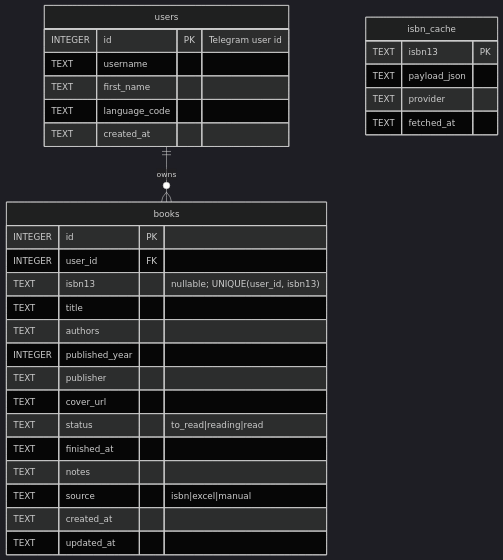
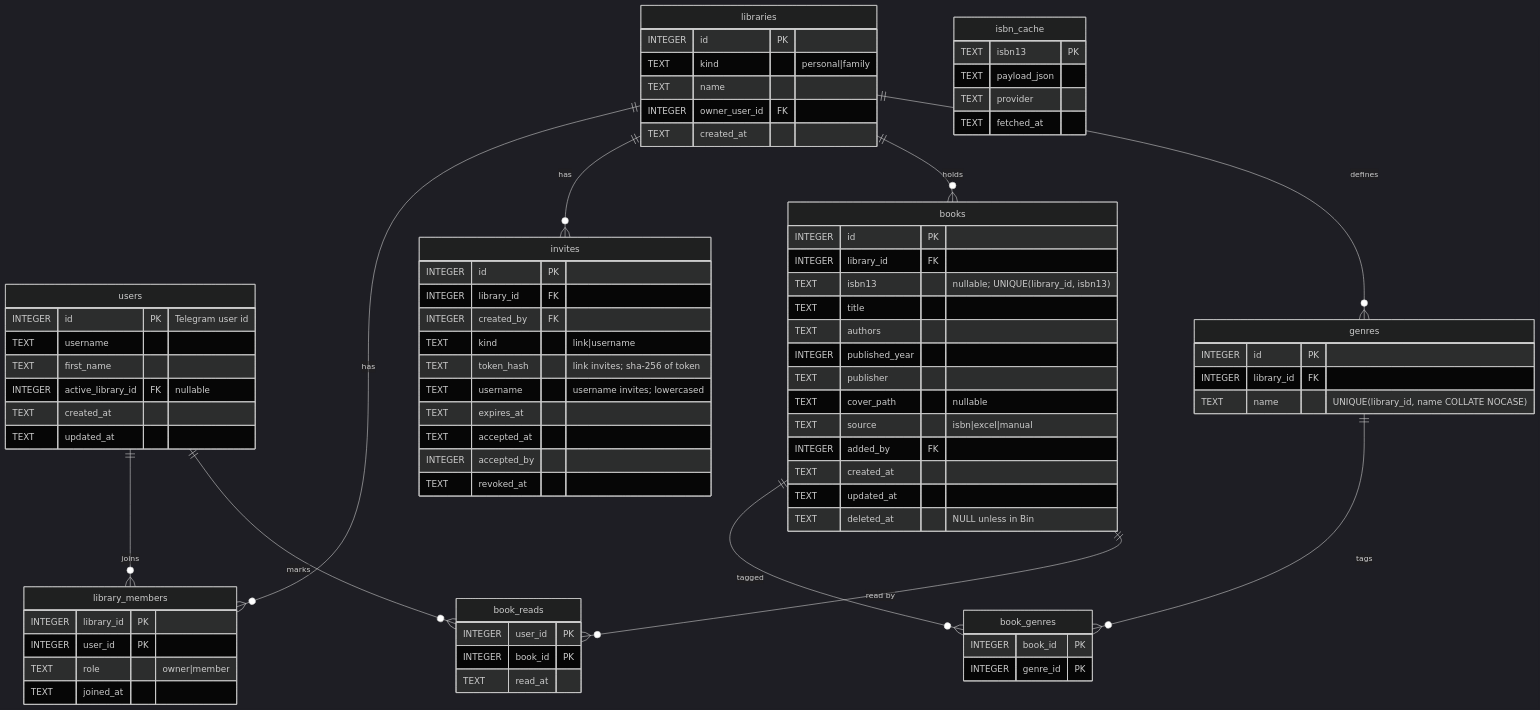
Before and after one commit to Nazarkon/telegram-booking-bot: the second of 4 diagrams in nimbalyst-local/plans/telegram-book-library-bot.md, drawn with Mermaid (dark theme). The commit also changed other lines of this file, not shown here.

First line of the commit message:
docs: align plan with library, invite and Bin model in AGENTS.md

````diff
--- a/nimbalyst-local/plans/telegram-book-library-bot.md
+++ b/nimbalyst-local/plans/telegram-book-library-bot.md
@@ -99,33 +133,80 @@
 ```mermaid
 erDiagram
-  users ||--o{ books : owns
+  users ||--o{ library_members : joins
+  libraries ||--o{ library_members : has
+  libraries ||--o{ invites : has
+  libraries ||--o{ books : holds
+  libraries ||--o{ genres : defines
+  books ||--o{ book_genres : tagged
+  genres ||--o{ book_genres : tags
+  users ||--o{ book_reads : marks
+  books ||--o{ book_reads : "read by"
   users {
     INTEGER id PK "Telegram user id"
     TEXT username
     TEXT first_name
-    TEXT language_code
+    INTEGER active_library_id FK "nullable"
     TEXT created_at
+    TEXT updated_at
+  }
+  libraries {
+    INTEGER id PK
+    TEXT kind "personal|family"
+    TEXT name
+    INTEGER owner_user_id FK
+    TEXT created_at
+  }
+  library_members {
+    INTEGER library_id PK
+    INTEGER user_id PK
+    TEXT role "owner|member"
+    TEXT joined_at
+  }
+  invites {
+    INTEGER id PK
+    INTEGER library_id FK
+    INTEGER created_by FK
+    TEXT kind "link|username"
+    TEXT token_hash "link invites; sha-256 of token"
+    TEXT username "username invites; lowercased"
+    TEXT expires_at
+    TEXT accepted_at
+    INTEGER accepted_by
+    TEXT revoked_at
+  }
+  genres {
+    INTEGER id PK
+    INTEGER library_id FK
+    TEXT name "UNIQUE(library_id, name COLLATE NOCASE)"
   }
   books {
     INTEGER id PK
-    INTEGER user_id FK
-    TEXT isbn13 "nullable; UNIQUE(user_id, isbn13)"
+    INTEGER library_id FK
+    TEXT isbn13 "nullable; UNIQUE(library_id, isbn13)"
     TEXT title
     TEXT authors
     INTEGER published_year
     TEXT publisher
-    TEXT cover_url
-    TEXT status "to_read|reading|read"
-    TEXT finished_at
-    TEXT notes
+    TEXT cover_path "nullable"
     TEXT source "isbn|excel|manual"
+    INTEGER added_by FK
     TEXT created_at
     TEXT updated_at
+    TEXT deleted_at "NULL unless in Bin"
+  }
+  book_genres {
+    INTEGER book_id PK
+    INTEGER genre_id PK
+  }
+  book_reads {
+    INTEGER user_id PK
+    INTEGER book_id PK
+    TEXT read_at
   }
   isbn_cache {
     TEXT isbn13 PK
     TEXT payload_json
     TEXT provider
     TEXT fetched_at
   }
 ```
````
